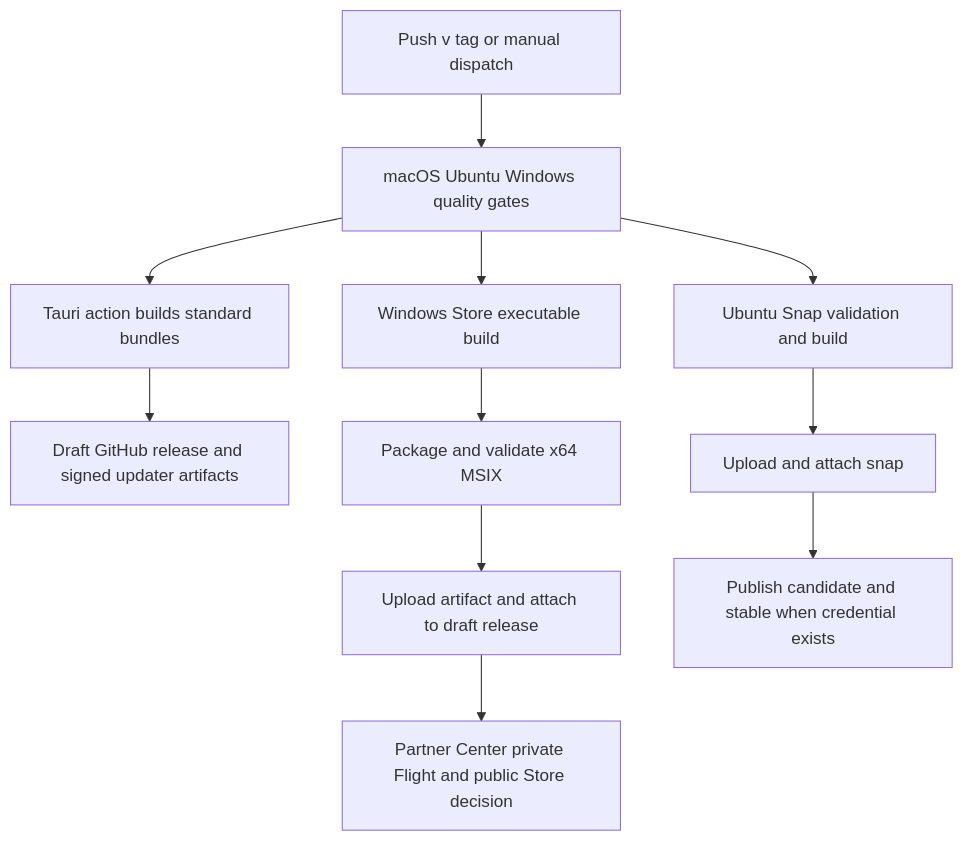
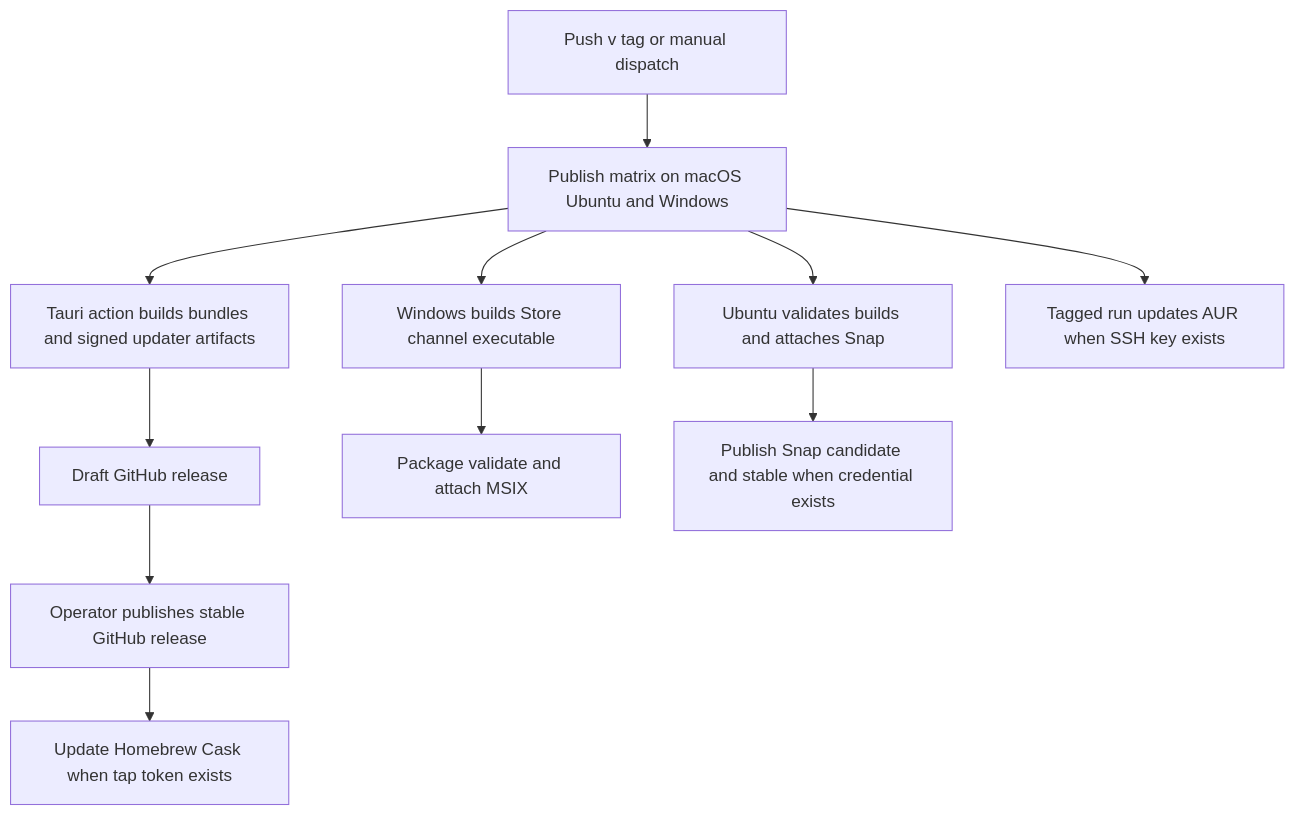
One commit to xXRoxXeRXx/lymic changed the diagram in openwiki/operations/release-distribution.md. Above: the diagram before and after it, drawn with Mermaid. The commit also changed other lines of this file and 21 other files, not shown here.

````diff
--- a/openwiki/operations/release-distribution.md
+++ b/openwiki/operations/release-distribution.md
@@ -57,13 +65,13 @@
 ```mermaid
 flowchart TD
-    Tag["Push v tag or manual dispatch"] --> Matrix["macOS Ubuntu Windows quality gates"]
-    Matrix --> Tauri["Tauri action builds standard bundles"]
-    Tauri --> Draft["Draft GitHub release and signed updater artifacts"]
-    Matrix --> Win["Windows Store executable build"]
-    Win --> Msix["Package and validate x64 MSIX"]
-    Msix --> StoreAsset["Upload artifact and attach to draft release"]
-    Matrix --> Linux["Ubuntu Snap validation and build"]
-    Linux --> SnapAsset["Upload and attach snap"]
-    SnapAsset --> SnapStore["Publish candidate and stable when credential exists"]
-    StoreAsset --> Flight["Partner Center private Flight and public Store decision"]
+    Trigger["Push v tag or manual dispatch"] --> Matrix["Publish matrix on macOS Ubuntu and Windows"]
+    Matrix --> Standard["Tauri action builds bundles and signed updater artifacts"]
+    Standard --> Draft["Draft GitHub release"]
+    Matrix --> StoreBuild["Windows builds Store channel executable"]
+    StoreBuild --> Msix["Package validate and attach MSIX"]
+    Matrix --> SnapBuild["Ubuntu validates builds and attaches Snap"]
+    SnapBuild --> SnapStore["Publish Snap candidate and stable when credential exists"]
+    Matrix --> Aur["Tagged run updates AUR when SSH key exists"]
+    Draft --> Publish["Operator publishes stable GitHub release"]
+    Publish --> Cask["Update Homebrew Cask when tap token exists"]
 ```
````
